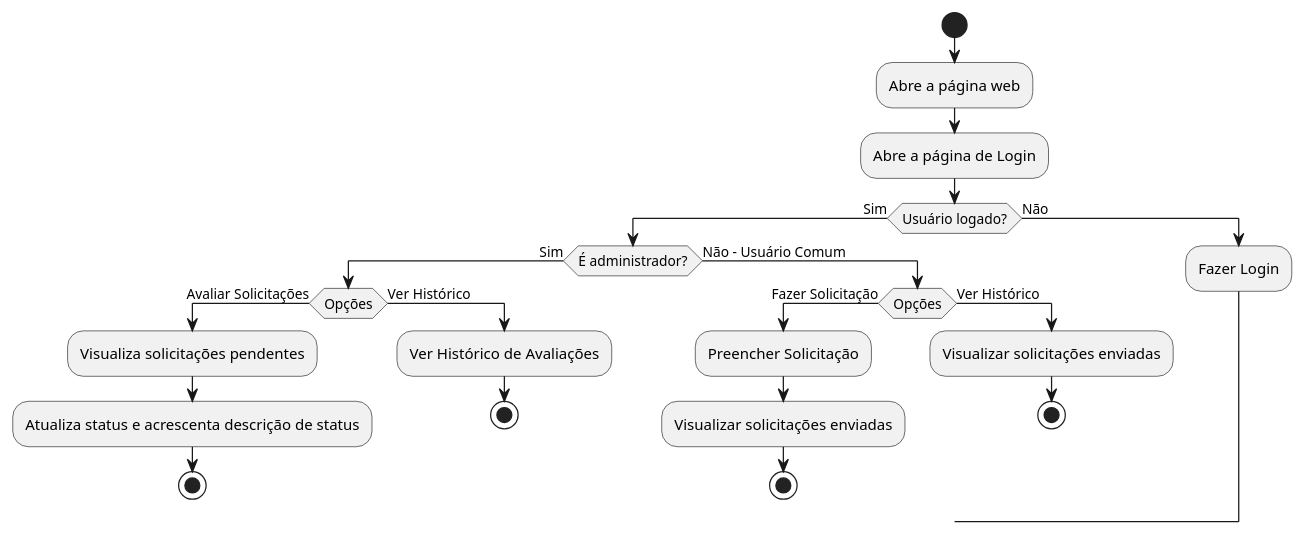
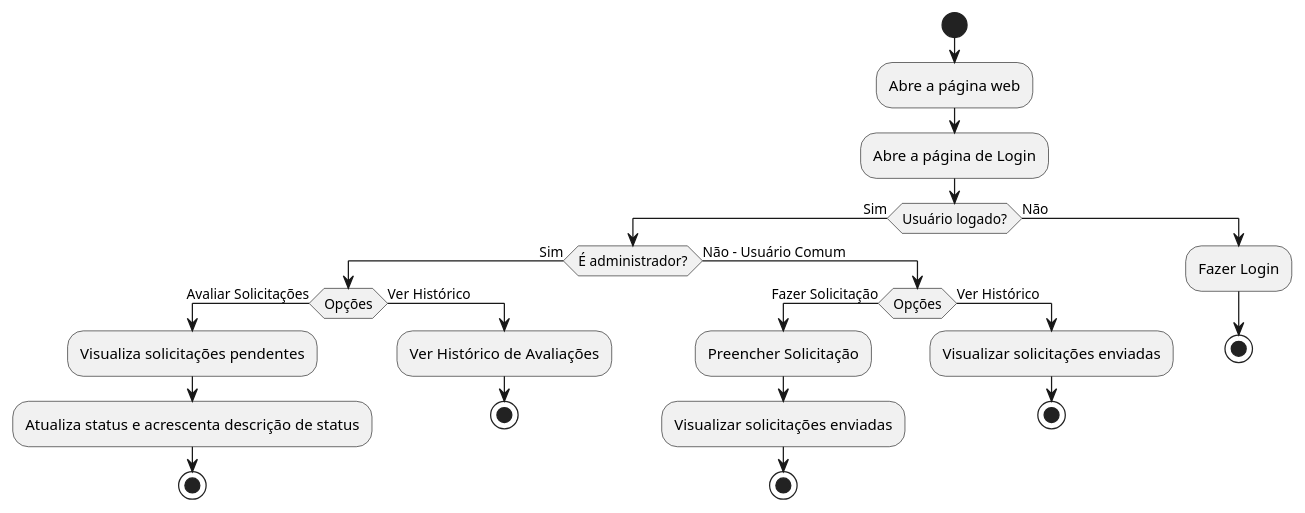
One commit to RenataArdito/Alerta-ADS changed the diagram in ActivityDiagram.md. Above: the diagram before and after it, drawn with PlantUML.

````diff
--- a/ActivityDiagram.md
+++ b/ActivityDiagram.md
@@ -1,35 +1,35 @@
 ```plantuml
 @startuml
 
 start
 
 :Abre a página web;
 :Abre a página de Login;
 
 if (Usuário logado?) then (Sim)
     if (É administrador?) then (Sim)
         if (Opções) then (Avaliar Solicitações)
             :Visualiza solicitações pendentes;
             :Atualiza status e acrescenta descrição de status;
             stop
         else (Ver Histórico)
             :Ver Histórico de Avaliações;
             stop
         endif
     else (Não - Usuário Comum)
         if (Opções) then (Fazer Solicitação)
             :Preencher Solicitação;
             :Visualizar solicitações enviadas;
             stop
         else (Ver Histórico)
             :Visualizar solicitações enviadas;
             stop
         endif
     endif
 else (Não)
     :Fazer Login;
-    -> Abre a página de Login;
+    stop
 endif
 
 @enduml
 ```
````
